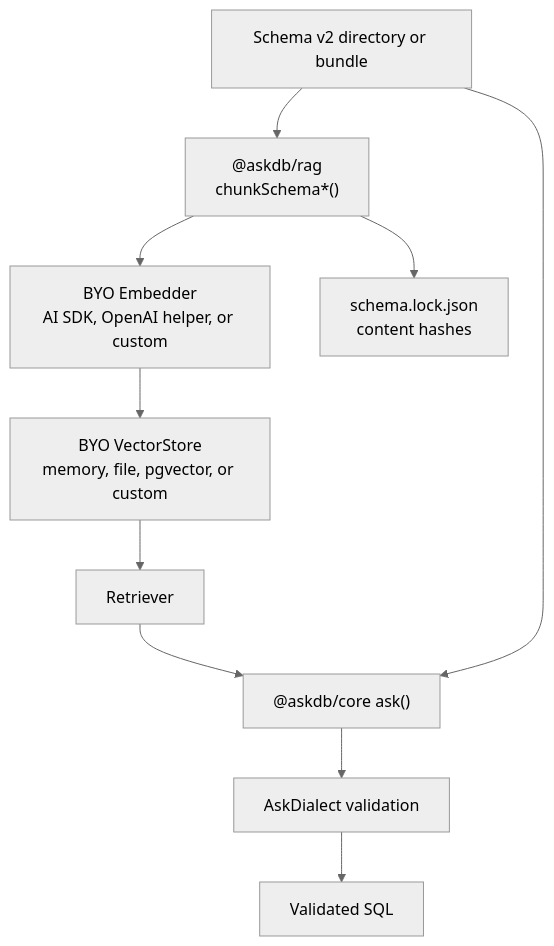
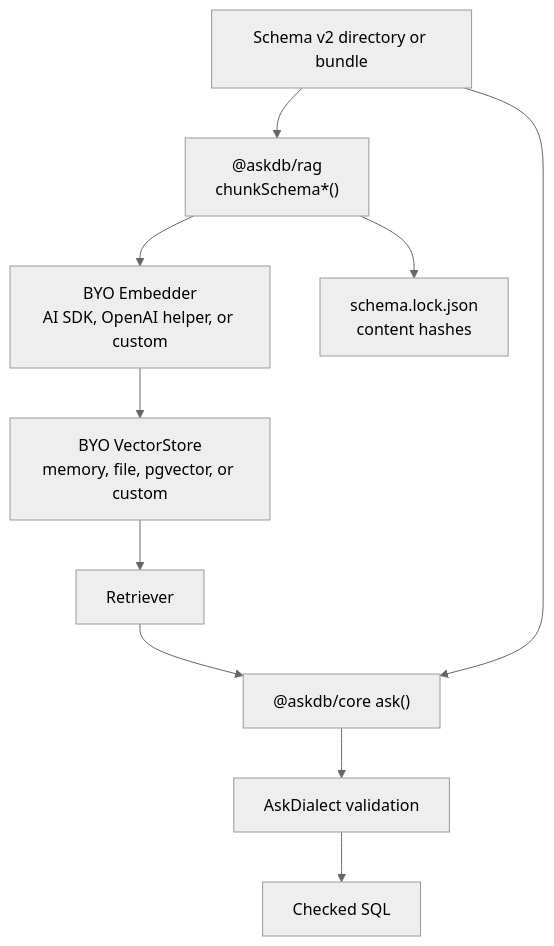
The seventh of 7 diagrams in docs/architecture.md (Ygilany/AskDB), drawn with Mermaid (neutral theme) before and after one commit. The commit also changed other lines of this file and 18 other files, not shown here.

First line of the commit message:
docs: delta review of #184 — binding under a mismatched dialect, read-only role, Phase 10, checked SQL everywhere

````diff
--- a/docs/architecture.md
+++ b/docs/architecture.md
@@ -300,22 +300,22 @@
 ```mermaid
 flowchart TB
   schema["Schema v2 directory or bundle"]
   chunker["@askdb/rag<br/>chunkSchema*()"]
   embedder["BYO Embedder<br/>AI SDK, OpenAI helper, or custom"]
   store["BYO VectorStore<br/>memory, file, pgvector, or custom"]
   lock["schema.lock.json<br/>content hashes"]
   retriever["Retriever"]
   core["@askdb/core ask()"]
   dialect["AskDialect validation"]
-  sql["Validated SQL"]
+  sql["Checked SQL"]
 
   schema --> chunker
   chunker --> embedder
   embedder --> store
   chunker --> lock
   store --> retriever
   retriever --> core
   schema --> core
   core --> dialect
   dialect --> sql
 ```
````
